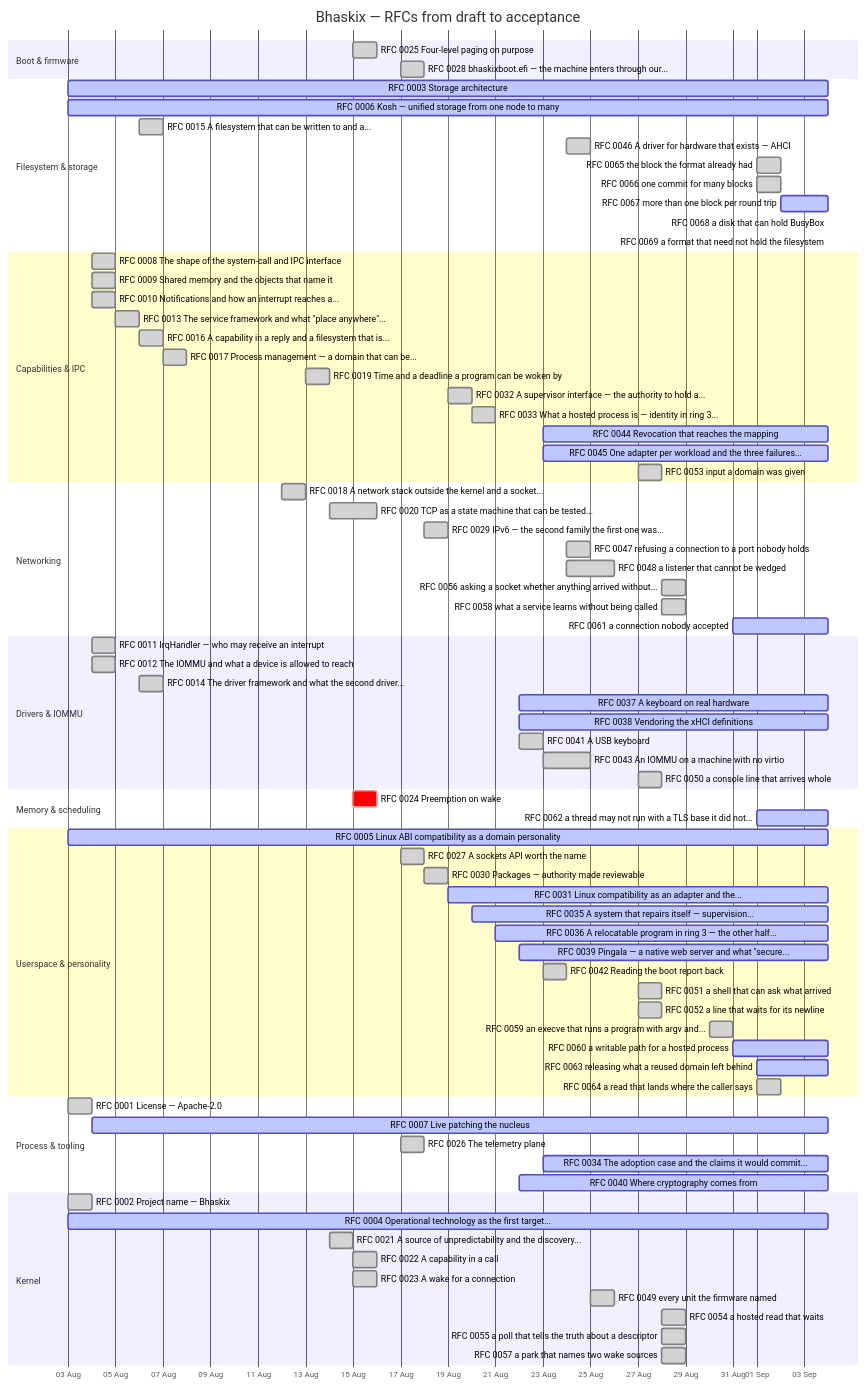
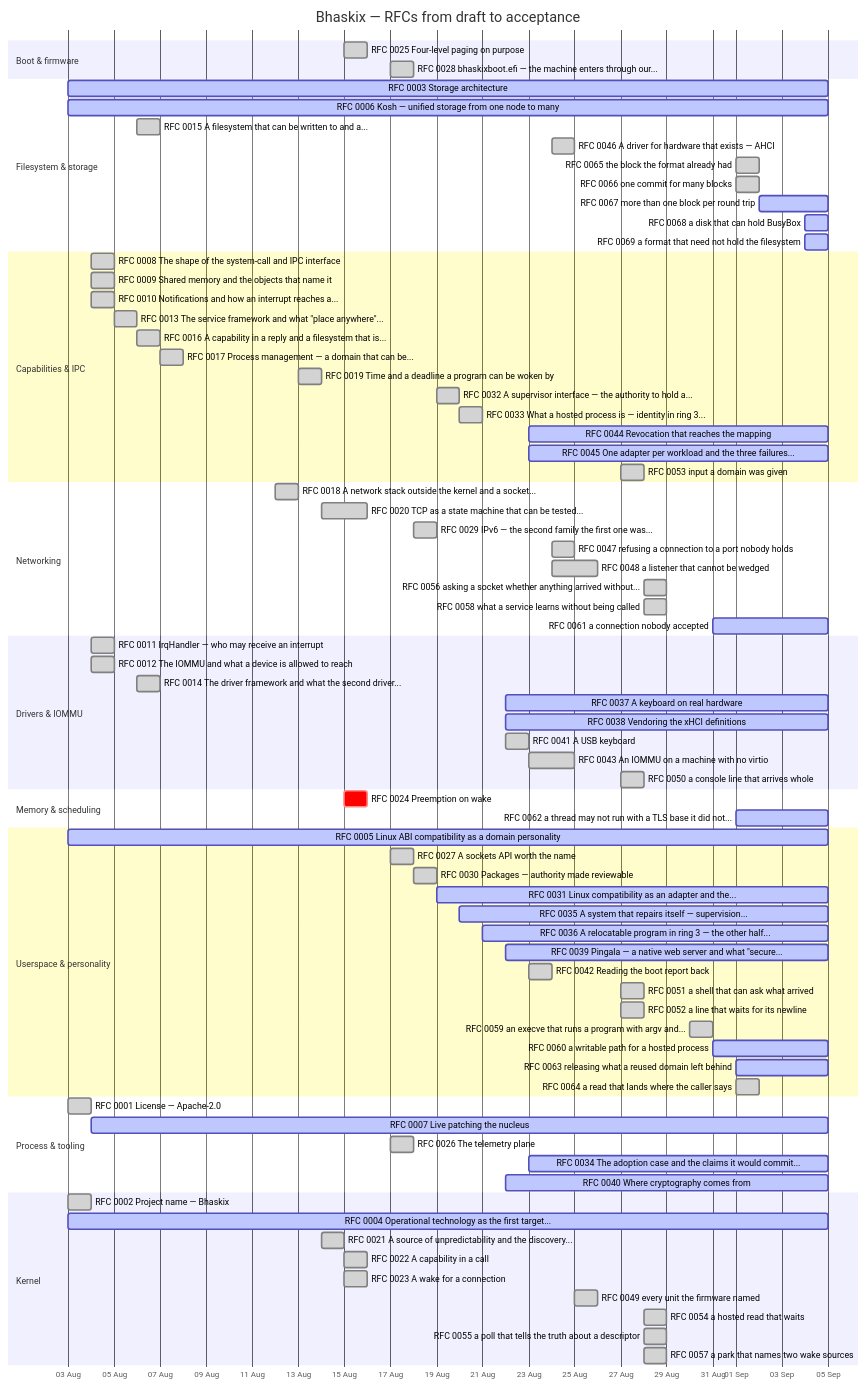
The diagram in docs/progress.md (bhaskix/bhaskix), drawn with Mermaid before and after one commit. The commit also changed other lines of this file and 1 other file, not shown here.

First paragraph of the commit message:
docs: a census of what actually fails, over 72 clean boots
Three rows were advanced this week by evidence generated for something else, so
the habit is now deliberate: after a batch of boots, ask what else the logs
settle. Seventy-two boots at `QEMU_SMP=8`, all unarmed, one harness.

```diff
--- a/docs/progress.md
+++ b/docs/progress.md
@@ -31,15 +31,15 @@
     RFC 0025 Four-level paging on purpose :done, r0025, 2026-08-15, 2026-08-16
     RFC 0028 bhaskixboot.efi — the machine enters through our... :done, r0028, 2026-08-17, 2026-08-18
     section Filesystem & storage
-    RFC 0003 Storage architecture :active, r0003, 2026-08-03, 2026-09-04
-    RFC 0006 Kosh — unified storage from one node to many :active, r0006, 2026-08-03, 2026-09-04
+    RFC 0003 Storage architecture :active, r0003, 2026-08-03, 2026-09-05
+    RFC 0006 Kosh — unified storage from one node to many :active, r0006, 2026-08-03, 2026-09-05
     RFC 0015 A filesystem that can be written to and a... :done, r0015, 2026-08-06, 1d
     RFC 0046 A driver for hardware that exists — AHCI :done, r0046, 2026-08-24, 1d
     RFC 0065 the block the format already had :done, r0065, 2026-09-01, 1d
     RFC 0066 one commit for many blocks :done, r0066, 2026-09-01, 1d
-    RFC 0067 more than one block per round trip :active, r0067, 2026-09-02, 2026-09-04
-    RFC 0068 a disk that can hold BusyBox :active, r0068, 2026-09-04, 2026-09-04
-    RFC 0069 a format that need not hold the filesystem :active, r0069, 2026-09-04, 2026-09-04
+    RFC 0067 more than one block per round trip :active, r0067, 2026-09-02, 2026-09-05
+    RFC 0068 a disk that can hold BusyBox :active, r0068, 2026-09-04, 2026-09-05
+    RFC 0069 a format that need not hold the filesystem :active, r0069, 2026-09-04, 2026-09-05
     section Capabilities & IPC
     RFC 0008 The shape of the system-call and IPC interface :done, r0008, 2026-08-04, 1d
     RFC 0009 Shared memory and the objects that name it :done, r0009, 2026-08-04, 1d
@@ -50,8 +50,8 @@
     RFC 0019 Time and a deadline a program can be woken by :done, r0019, 2026-08-13, 2026-08-14
     RFC 0032 A supervisor interface — the authority to hold a... :done, r0032, 2026-08-19, 2026-08-20
     RFC 0033 What a hosted process is — identity in ring 3... :done, r0033, 2026-08-20, 1d
-    RFC 0044 Revocation that reaches the mapping :active, r0044, 2026-08-23, 2026-09-04
-    RFC 0045 One adapter per workload and the three failures... :active, r0045, 2026-08-23, 2026-09-04
+    RFC 0044 Revocation that reaches the mapping :active, r0044, 2026-08-23, 2026-09-05
+    RFC 0045 One adapter per workload and the three failures... :active, r0045, 2026-08-23, 2026-09-05
     RFC 0053 input a domain was given :done, r0053, 2026-08-27, 1d
     section Networking
     RFC 0018 A network stack outside the kernel and a socket... :done, r0018, 2026-08-12, 2026-08-13
@@ -61,43 +61,43 @@
     RFC 0048 a listener that cannot be wedged :done, r0048, 2026-08-24, 2026-08-26
     RFC 0056 asking a socket whether anything arrived without... :done, r0056, 2026-08-28, 1d
     RFC 0058 what a service learns without being called :done, r0058, 2026-08-28, 1d
-    RFC 0061 a connection nobody accepted :active, r0061, 2026-08-31, 2026-09-04
+    RFC 0061 a connection nobody accepted :active, r0061, 2026-08-31, 2026-09-05
     section Drivers & IOMMU
     RFC 0011 IrqHandler — who may receive an interrupt :done, r0011, 2026-08-04, 1d
     RFC 0012 The IOMMU and what a device is allowed to reach :done, r0012, 2026-08-04, 1d
     RFC 0014 The driver framework and what the second driver... :done, r0014, 2026-08-06, 1d
-    RFC 0037 A keyboard on real hardware :active, r0037, 2026-08-22, 2026-09-04
-    RFC 0038 Vendoring the xHCI definitions :active, r0038, 2026-08-22, 2026-09-04
+    RFC 0037 A keyboard on real hardware :active, r0037, 2026-08-22, 2026-09-05
+    RFC 0038 Vendoring the xHCI definitions :active, r0038, 2026-08-22, 2026-09-05
     RFC 0041 A USB keyboard :done, r0041, 2026-08-22, 2026-08-23
     RFC 0043 An IOMMU on a machine with no virtio :done, r0043, 2026-08-23, 2026-08-25
     RFC 0050 a console line that arrives whole :done, r0050, 2026-08-27, 1d
     section Memory & scheduling
     RFC 0024 Preemption on wake :crit, r0024, 2026-08-15, 1d
-    RFC 0062 a thread may not run with a TLS base it did not... :active, r0062, 2026-09-01, 2026-09-04
+    RFC 0062 a thread may not run with a TLS base it did not... :active, r0062, 2026-09-01, 2026-09-05
     section Userspace & personality
-    RFC 0005 Linux ABI compatibility as a domain personality :active, r0005, 2026-08-03, 2026-09-04
+    RFC 0005 Linux ABI compatibility as a domain personality :active, r0005, 2026-08-03, 2026-09-05
     RFC 0027 A sockets API worth the name :done, r0027, 2026-08-17, 1d
     RFC 0030 Packages — authority made reviewable :done, r0030, 2026-08-18, 2026-08-19
-    RFC 0031 Linux compatibility as an adapter and the... :active, r0031, 2026-08-19, 2026-09-04
-    RFC 0035 A system that repairs itself — supervision... :active, r0035, 2026-08-20, 2026-09-04
-    RFC 0036 A relocatable program in ring 3 — the other half... :active, r0036, 2026-08-21, 2026-09-04
-    RFC 0039 Pingala — a native web server and what "secure... :active, r0039, 2026-08-22, 2026-09-04
+    RFC 0031 Linux compatibility as an adapter and the... :active, r0031, 2026-08-19, 2026-09-05
+    RFC 0035 A system that repairs itself — supervision... :active, r0035, 2026-08-20, 2026-09-05
+    RFC 0036 A relocatable program in ring 3 — the other half... :active, r0036, 2026-08-21, 2026-09-05
+    RFC 0039 Pingala — a native web server and what "secure... :active, r0039, 2026-08-22, 2026-09-05
     RFC 0042 Reading the boot report back :done, r0042, 2026-08-23, 1d
     RFC 0051 a shell that can ask what arrived :done, r0051, 2026-08-27, 1d
     RFC 0052 a line that waits for its newline :done, r0052, 2026-08-27, 1d
     RFC 0059 an execve that runs a program with argv and... :done, r0059, 2026-08-30, 1d
-    RFC 0060 a writable path for a hosted process :active, r0060, 2026-08-31, 2026-09-04
-    RFC 0063 releasing what a reused domain left behind :active, r0063, 2026-09-01, 2026-09-04
+    RFC 0060 a writable path for a hosted process :active, r0060, 2026-08-31, 2026-09-05
+    RFC 0063 releasing what a reused domain left behind :active, r0063, 2026-09-01, 2026-09-05
     RFC 0064 a read that lands where the caller says :done, r0064, 2026-09-01, 1d
     section Process & tooling
     RFC 0001 License — Apache-2.0 :done, r0001, 2026-08-03, 1d
-    RFC 0007 Live patching the nucleus :active, r0007, 2026-08-04, 2026-09-04
+    RFC 0007 Live patching the nucleus :active, r0007, 2026-08-04, 2026-09-05
     RFC 0026 The telemetry plane :done, r0026, 2026-08-17, 1d
-    RFC 0034 The adoption case and the claims it would commit... :active, r0034, 2026-08-23, 2026-09-04
-    RFC 0040 Where cryptography comes from :active, r0040, 2026-08-22, 2026-09-04
+    RFC 0034 The adoption case and the claims it would commit... :active, r0034, 2026-08-23, 2026-09-05
+    RFC 0040 Where cryptography comes from :active, r0040, 2026-08-22, 2026-09-05
     section Kernel
     RFC 0002 Project name — Bhaskix :done, r0002, 2026-08-03, 1d
-    RFC 0004 Operational technology as the first target... :active, r0004, 2026-08-03, 2026-09-04
+    RFC 0004 Operational technology as the first target... :active, r0004, 2026-08-03, 2026-09-05
     RFC 0021 A source of unpredictability and the discovery... :done, r0021, 2026-08-14, 1d
     RFC 0022 A capability in a call :done, r0022, 2026-08-15, 2026-08-16
     RFC 0023 A wake for a connection :done, r0023, 2026-08-15, 2026-08-16
```
